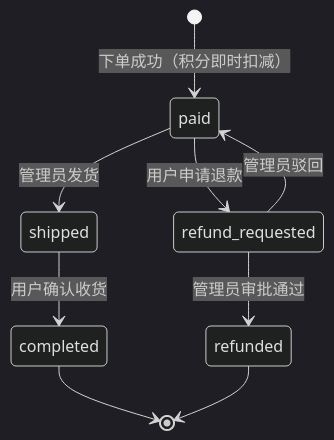
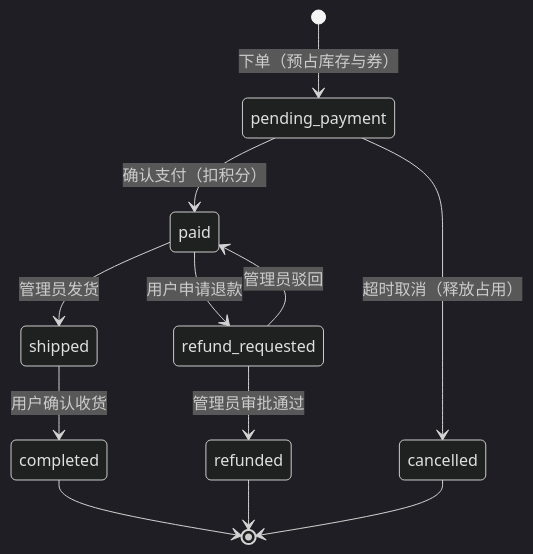
The sixth of 6 diagrams in docs/architecture/00-overview.md (RBowind/shop-mall), drawn with Mermaid (dark theme) before and after one commit. The commit also changed other lines of this file and 46 other files, not shown here.

````diff
--- a/docs/architecture/00-overview.md
+++ b/docs/architecture/00-overview.md
@@ -345,11 +324,14 @@
 ```mermaid
 stateDiagram-v2
-    [*] --> paid : 下单成功（积分即时扣减）
+    [*] --> pending_payment : 下单（预占库存与券）
+    pending_payment --> paid : 确认支付（扣积分）
+    pending_payment --> cancelled : 超时取消（释放占用）
     paid --> shipped : 管理员发货
     shipped --> completed : 用户确认收货
     paid --> refund_requested : 用户申请退款
     refund_requested --> refunded : 管理员审批通过
     refund_requested --> paid : 管理员驳回
     completed --> [*]
     refunded --> [*]
+    cancelled --> [*]
 ```
````
